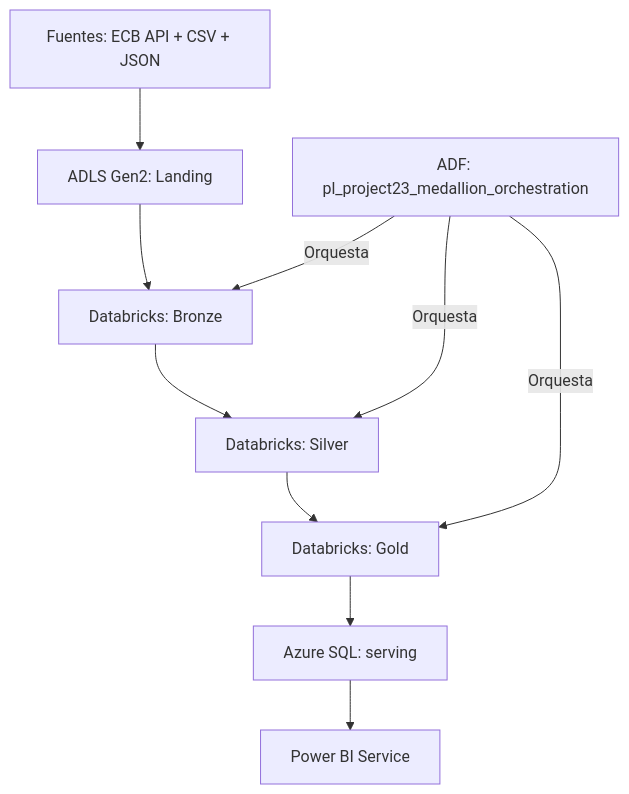
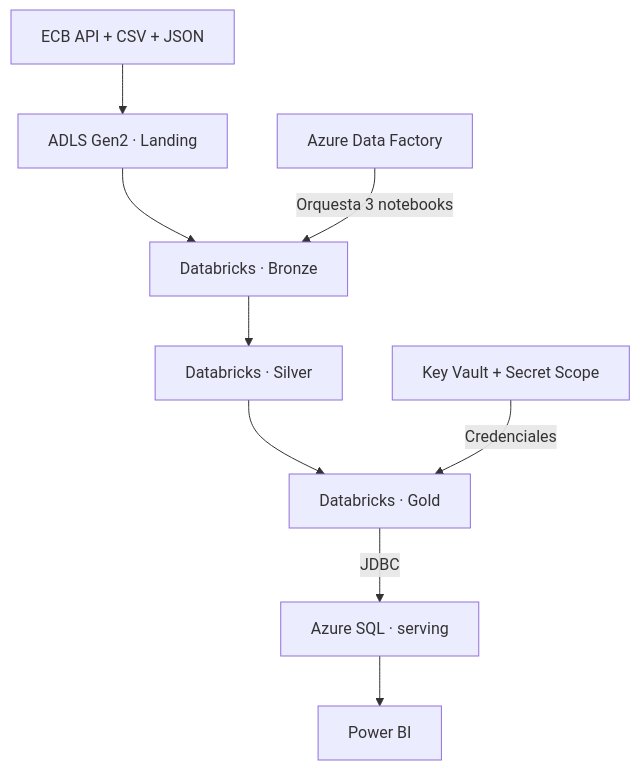
The first of 2 diagrams in 23-azure-adf-databricks-bank-fx/docs/architecture.md (franciscosalaspla/data-engineering-portfolio), drawn with Mermaid before and after one commit. The commit also changed other lines of this file and 5 other files, not shown here.

````diff
--- a/23-azure-adf-databricks-bank-fx/docs/architecture.md
+++ b/23-azure-adf-databricks-bank-fx/docs/architecture.md
@@ -9,12 +9,11 @@
 ```mermaid
 flowchart TD
-    S["Fuentes: ECB API + CSV + JSON"] --> L["ADLS Gen2: Landing"]
-    L --> B["Databricks: Bronze"]
-    B --> SI["Databricks: Silver"]
-    SI --> G["Databricks: Gold"]
-    G --> SQL["Azure SQL: serving"]
-    SQL --> BI["Power BI Service"]
-    ADF["ADF: pl_project23_medallion_orchestration"] -->|"Orquesta"| B
-    ADF -->|"Orquesta"| SI
-    ADF -->|"Orquesta"| G
+    SRC["ECB API + CSV + JSON"] --> LAND["ADLS Gen2 · Landing"]
+    LAND --> BRONZE["Databricks · Bronze"]
+    BRONZE --> SILVER["Databricks · Silver"]
+    SILVER --> GOLD["Databricks · Gold"]
+    ADF["Azure Data Factory"] -->|"Orquesta 3 notebooks"| BRONZE
+    GOLD -->|"JDBC"| SQL["Azure SQL · serving"]
+    SQL --> BI["Power BI"]
+    KV["Key Vault + Secret Scope"] -->|"Credenciales"| GOLD
 ```
````
